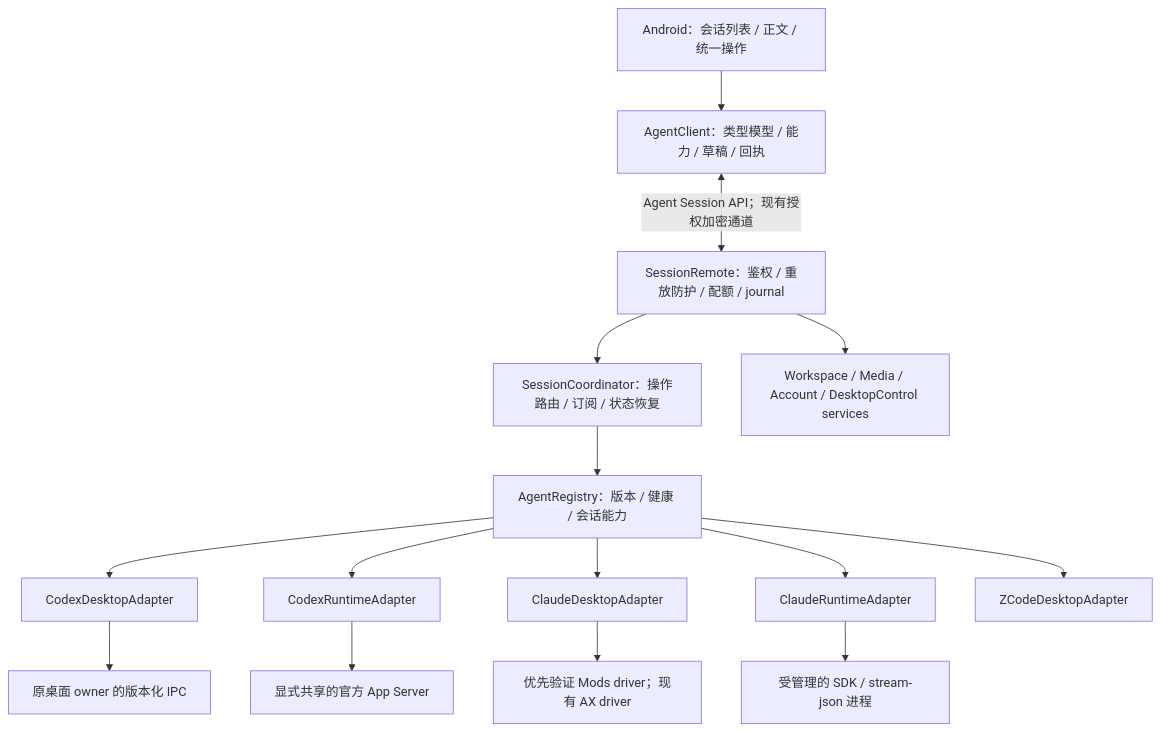
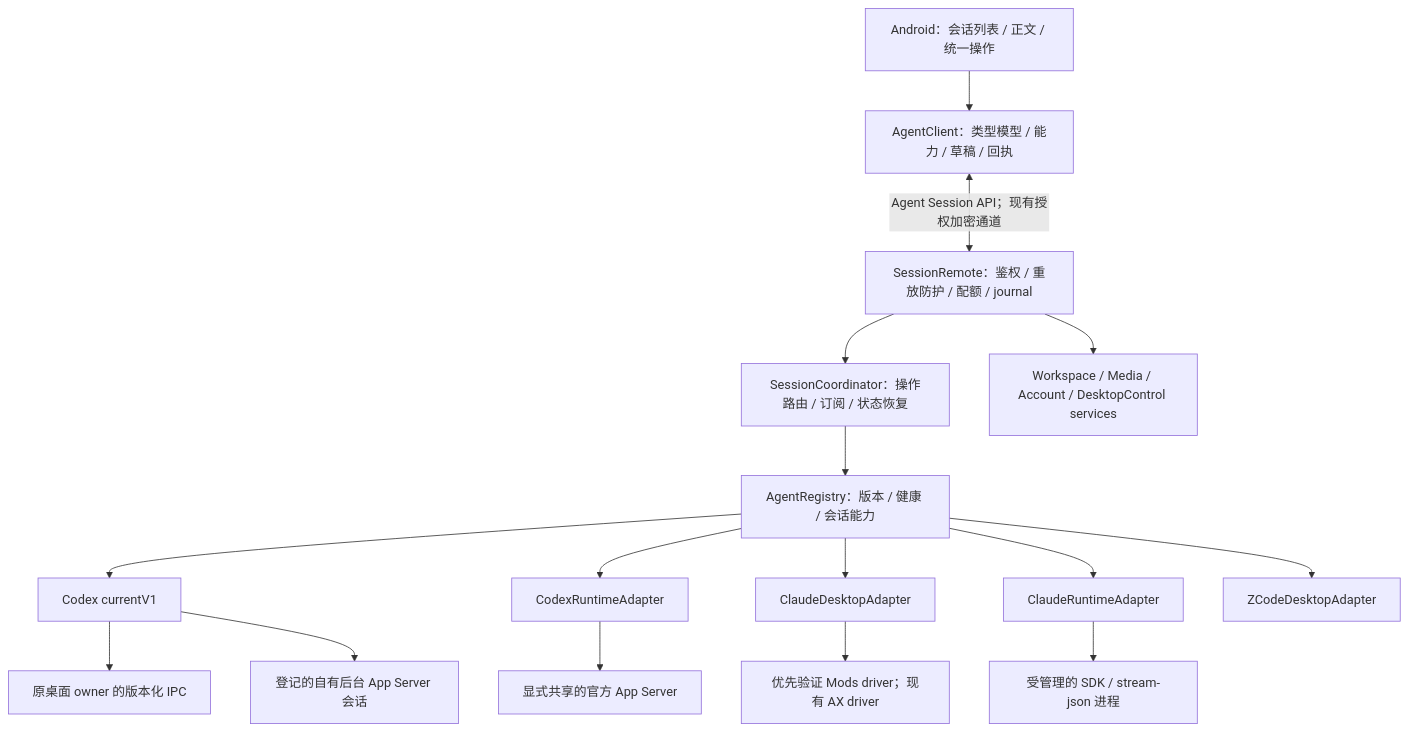
One commit to JunWeiUp/vibepier changed the first of 2 diagrams in docs/AGENT-CONTROL-ARCHITECTURE.md. Above: the diagram before and after it, drawn with Mermaid. The commit also changed other lines of this file and 112 other files, not shown here.

````diff
--- a/docs/AGENT-CONTROL-ARCHITECTURE.md
+++ b/docs/AGENT-CONTROL-ARCHITECTURE.md
@@ -30,17 +34,18 @@
 ```mermaid
 flowchart TB
     Phone[Android：会话列表 / 正文 / 统一操作] --> Client[AgentClient：类型模型 / 能力 / 草稿 / 回执]
     Client <-->|Agent Session API；现有授权加密通道| Boundary[SessionRemote：鉴权 / 重放防护 / 配额 / journal]
     Boundary --> Coordinator[SessionCoordinator：操作路由 / 订阅 / 状态恢复]
     Coordinator --> Registry[AgentRegistry：版本 / 健康 / 会话能力]
-    Registry --> CD[CodexDesktopAdapter]
+    Registry --> CD[Codex currentV1]
     Registry --> CR[CodexRuntimeAdapter]
     Registry --> CC[ClaudeDesktopAdapter]
     Registry --> CM[ClaudeRuntimeAdapter]
     Registry --> Z[ZCodeDesktopAdapter]
     CD --> IPC[原桌面 owner 的版本化 IPC]
+    CD --> BG[登记的自有后台 App Server 会话]
     CR --> AS[显式共享的官方 App Server]
     CC --> Mods[优先验证 Mods driver；现有 AX driver]
     CM --> CLI[受管理的 SDK / stream-json 进程]
     Boundary --> Host[Workspace / Media / Account / DesktopControl services]
 ```
````
